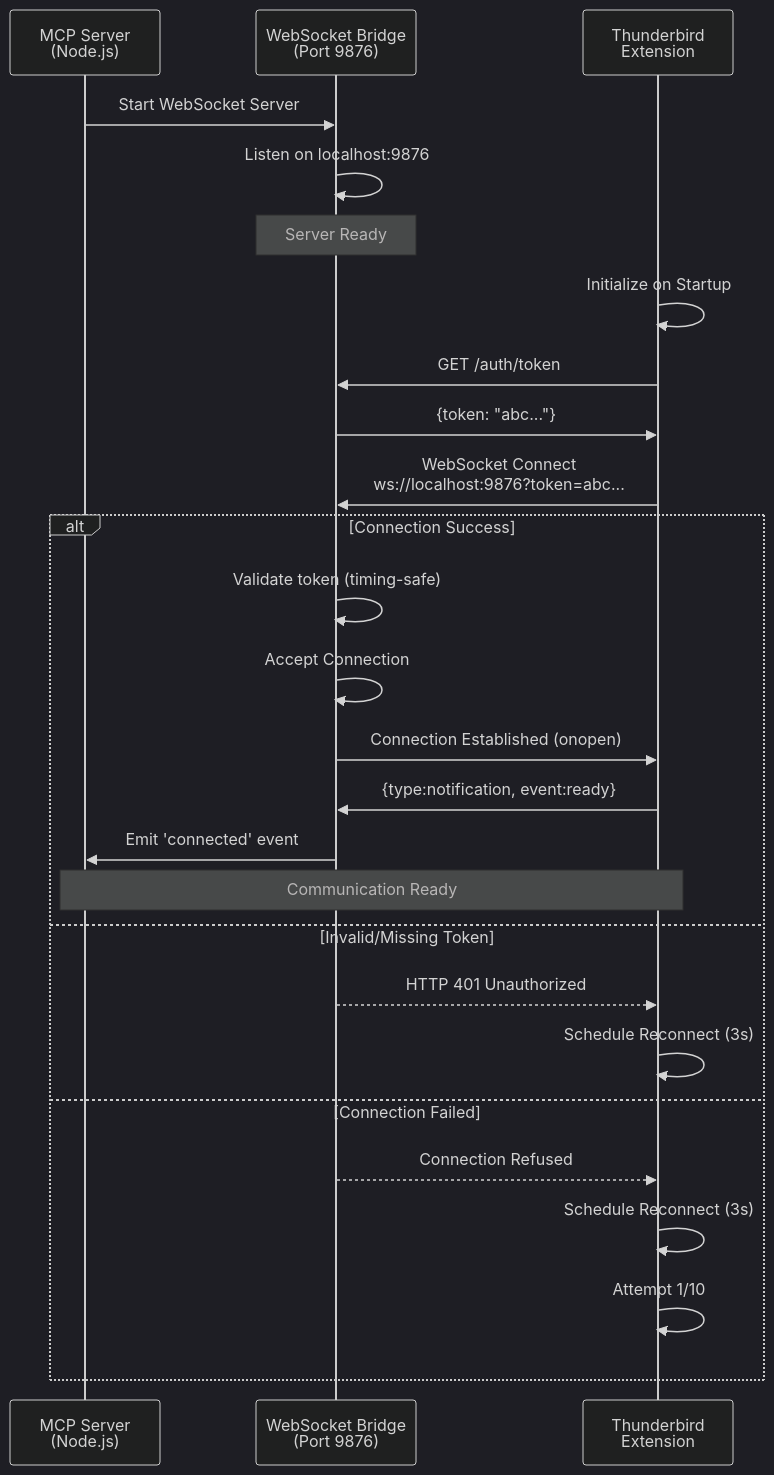
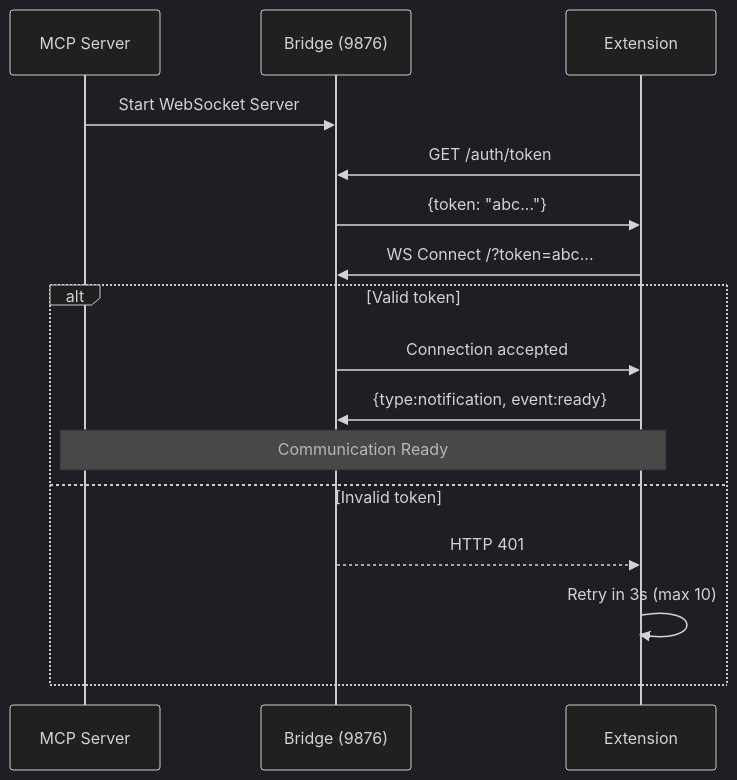
One commit to assistance-micro-design/zileo-mcp-thunderbird changed the diagram in docs/architecture/websocket.md. Above: the diagram before and after it, drawn with Mermaid (dark theme). The commit also changed other lines of this file and 28 other files, not shown here.

````diff
--- a/docs/architecture/websocket.md
+++ b/docs/architecture/websocket.md
@@ -287,31 +95,20 @@
 ```mermaid
 sequenceDiagram
-    participant Server as MCP Server<br/>(Node.js)
-    participant Bridge as WebSocket Bridge<br/>(Port 9876)
-    participant Extension as Thunderbird<br/>Extension
+    participant Server as MCP Server
+    participant Bridge as Bridge (9876)
+    participant Extension as Extension
 
     Server->>Bridge: Start WebSocket Server
-    Bridge->>Bridge: Listen on localhost:9876
-    Note over Bridge: Server Ready
-
-    Extension->>Extension: Initialize on Startup
     Extension->>Bridge: GET /auth/token
     Bridge->>Extension: {token: "abc..."}
-    Extension->>Bridge: WebSocket Connect<br/>ws://localhost:9876?token=abc...
+    Extension->>Bridge: WS Connect /?token=abc...
 
-    alt Connection Success
-        Bridge->>Bridge: Validate token (timing-safe)
-        Bridge->>Bridge: Accept Connection
-        Bridge->>Extension: Connection Established (onopen)
+    alt Valid token
+        Bridge->>Extension: Connection accepted
         Extension->>Bridge: {type:notification, event:ready}
-        Bridge->>Server: Emit 'connected' event
         Note over Server,Extension: Communication Ready
-    else Invalid/Missing Token
-        Bridge-->>Extension: HTTP 401 Unauthorized
-        Extension->>Extension: Schedule Reconnect (3s)
-    else Connection Failed
-        Bridge-->>Extension: Connection Refused
-        Extension->>Extension: Schedule Reconnect (3s)
-        Extension->>Extension: Attempt 1/10
+    else Invalid token
+        Bridge-->>Extension: HTTP 401
+        Extension->>Extension: Retry in 3s (max 10)
     end
 ```
````
